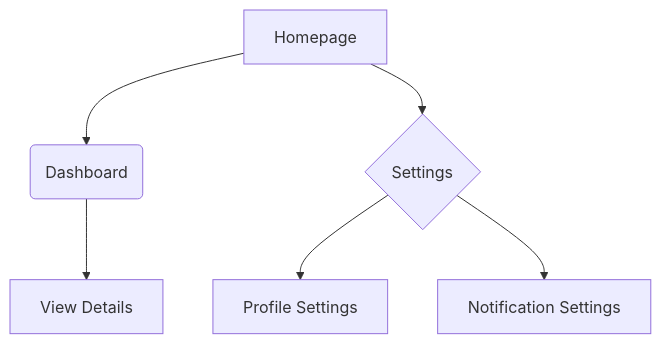
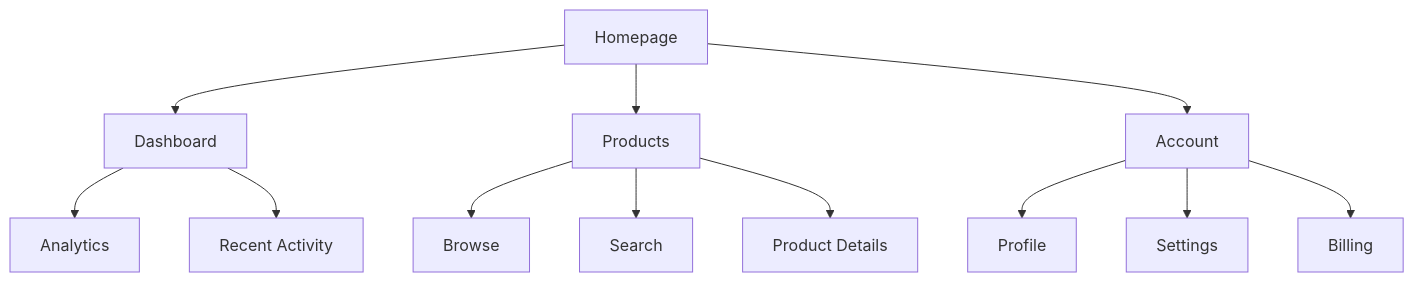
One commit to zsutxz/BMAD-METHOD changed the second of 4 diagrams in bmad-core/templates/front-end-spec-tmpl.md. Above: the diagram before and after it, drawn with Mermaid. The commit also changed other lines of this file and 22 other files, not shown here.

````diff
--- a/bmad-core/templates/front-end-spec-tmpl.md
+++ b/bmad-core/templates/front-end-spec-tmpl.md
@@ -17,8 +72,14 @@
-  ```mermaid
-  graph TD
-      A[Homepage] --> B(Dashboard);
-      A --> C{Settings};
-      B --> D[View Details];
-      C --> E[Profile Settings];
-      C --> F[Notification Settings];
-  ```
+```mermaid
+graph TD
+    A[Homepage] --> B[Dashboard]
+    A --> C[Products]
+    A --> D[Account]
+    B --> B1[Analytics]
+    B --> B2[Recent Activity]
+    C --> C1[Browse]
+    C --> C2[Search]
+    C --> C3[Product Details]
+    D --> D1[Profile]
+    D --> D2[Settings]
+    D --> D3[Billing]
+```
````
